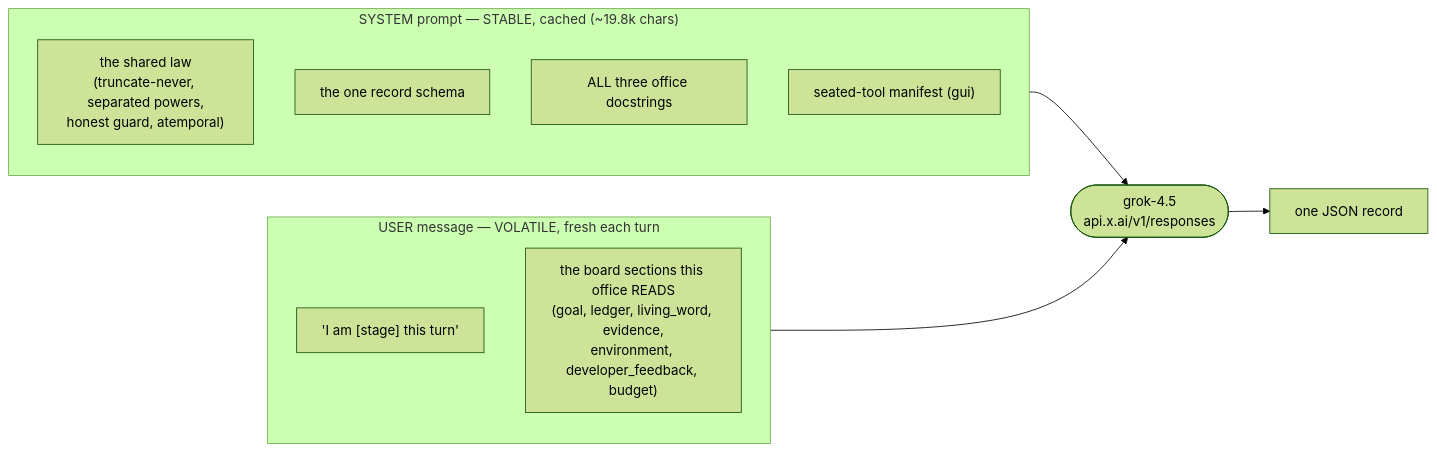
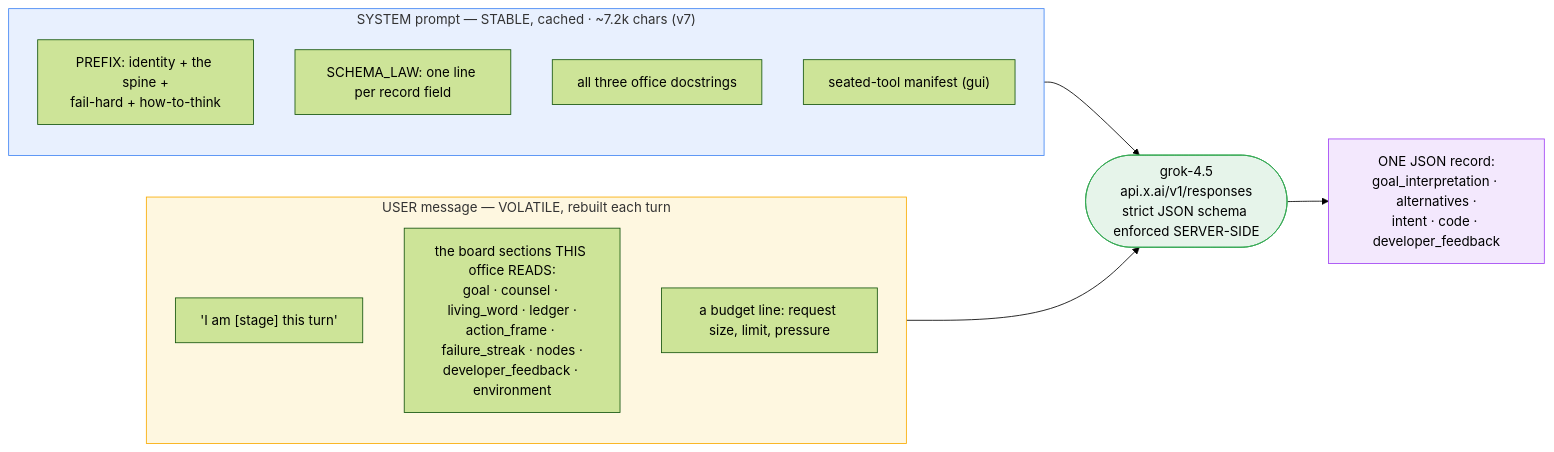
One commit to wgabrys88/endgame-ai changed the fourth of 7 diagrams in README.md. Above: the diagram before and after it, drawn with Mermaid (forest theme). The commit also changed other lines of this file, not shown here.

````diff
--- a/README.md
+++ b/README.md
@@ -106,16 +178,23 @@
 ```mermaid
 flowchart LR
-    subgraph SYS["SYSTEM prompt — STABLE, cached (~19.8k chars)"]
-        L["the shared law<br/>(truncate-never, separated powers,<br/>honest guard, atemporal)"]
-        SC["the one record schema"]
-        R["ALL three office docstrings"]
+    subgraph SYS["SYSTEM prompt — STABLE, cached · ~7.2k chars (v7)"]
+        direction TB
+        L["PREFIX: identity + the spine +<br/>fail-hard + how-to-think"]
+        SC["SCHEMA_LAW: one line per record field"]
+        R["all three office docstrings"]
         T["seated-tool manifest (gui)"]
     end
-    subgraph USR["USER message — VOLATILE, fresh each turn"]
+    subgraph USR["USER message — VOLATILE, rebuilt each turn"]
+        direction TB
         WHO["'I am [stage] this turn'"]
-        BOARD["the board sections this office READS<br/>(goal, ledger, living_word, evidence,<br/>environment, developer_feedback, budget)"]
+        BRD["the board sections THIS office READS:<br/>goal · counsel · living_word · ledger ·<br/>action_frame · failure_streak · nodes ·<br/>developer_feedback · environment"]
+        BUD["a budget line: request size, limit, pressure"]
     end
-    SYS --> MODEL(["grok-4.5<br/>api.x.ai/v1/responses"])
-    USR --> MODEL
-    MODEL --> REC2["one JSON record"]
+    SYS --> M(["grok-4.5<br/>api.x.ai/v1/responses<br/>strict JSON schema enforced SERVER-SIDE"])
+    USR --> M
+    M --> OUT["ONE JSON record:<br/>goal_interpretation · alternatives ·<br/>intent · code · developer_feedback"]
+    style SYS fill:#e8f0fe,stroke:#4285f4
+    style USR fill:#fef7e0,stroke:#f9ab00
+    style M fill:#e6f4ea,stroke:#34a853
+    style OUT fill:#f3e8fd,stroke:#a142f4
 ```
````
